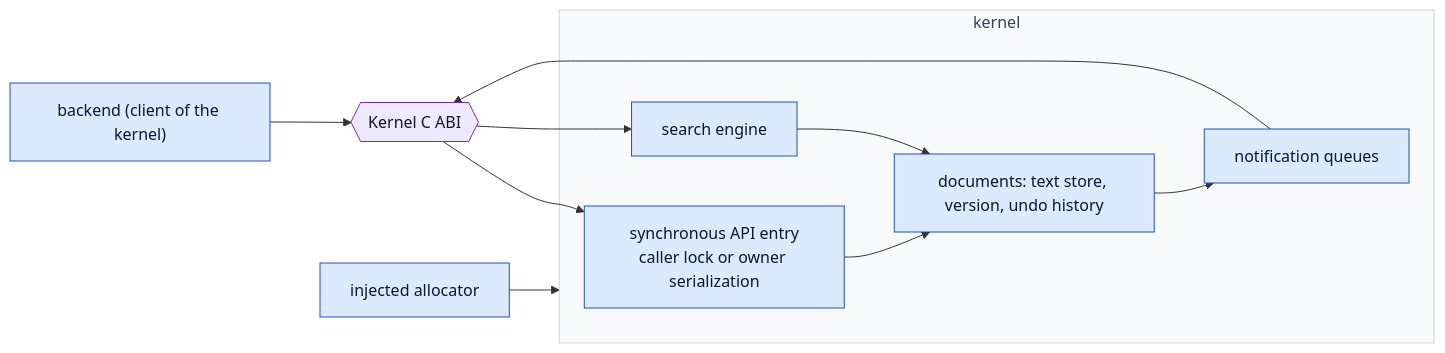
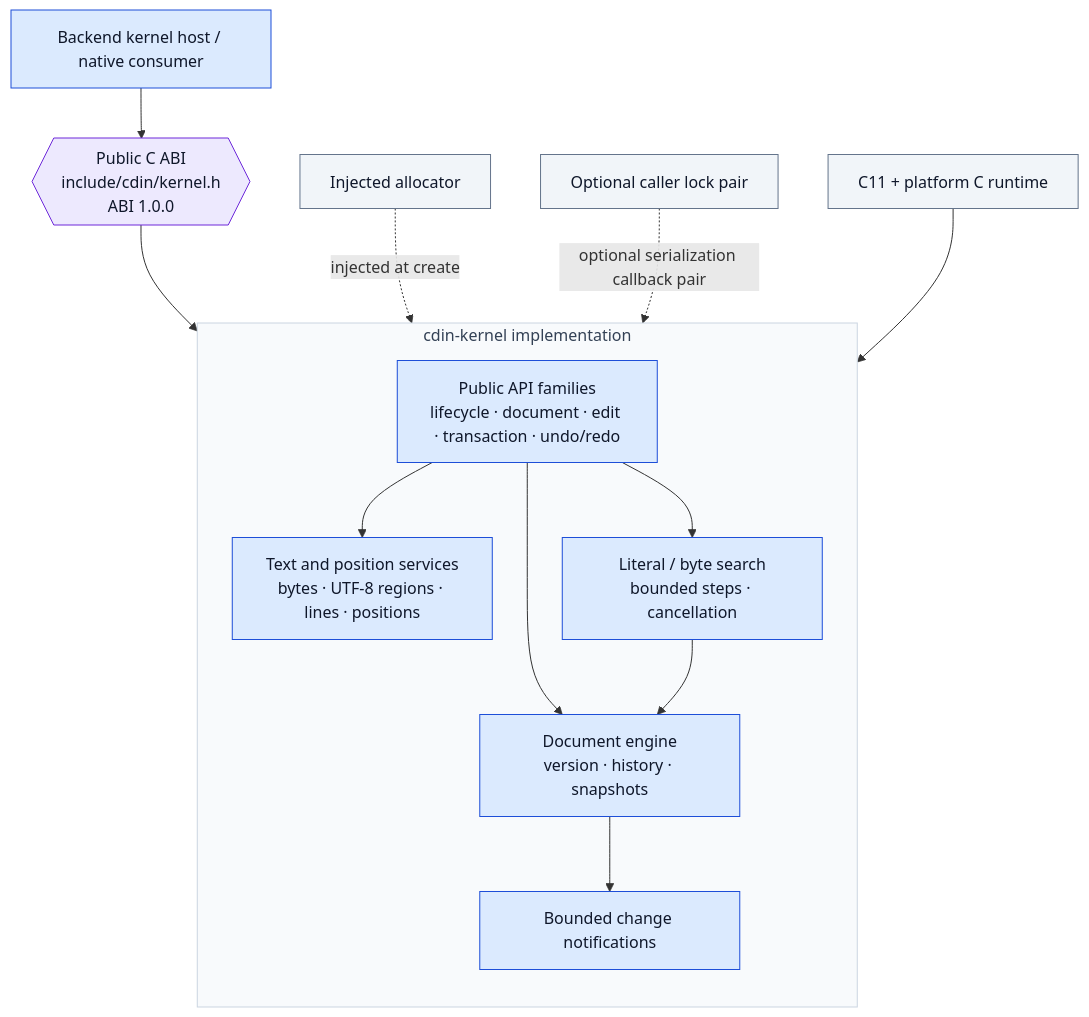
One commit to cdin-editor/spec changed the first of 2 diagrams in docs/kernel/overview.md. Above: the diagram before and after it, drawn with Mermaid. The commit also changed other lines of this file and 19 other files, not shown here.

````diff
--- a/docs/kernel/overview.md
+++ b/docs/kernel/overview.md
@@ -26,26 +26,35 @@
 ```mermaid
-flowchart LR
-    BE["backend (client of the kernel)"]
-    ABI{{"Kernel C ABI"}}
-    subgraph K["kernel"]
-        CALL["synchronous API entry<br/>caller lock or owner serialization"]
-        DOCS["documents: text store, version, undo history"]
-        SRCH["search engine"]
-        NOTE["notification queues"]
+flowchart TB
+    CLIENT["Backend kernel host / native consumer"]
+    ABI{{"Public C ABI<br/>include/cdin/kernel.h<br/>ABI 1.0.0"}}
+    subgraph K["cdin-kernel implementation"]
+        direction TB
+        API["Public API families<br/>lifecycle · document · edit · transaction · undo/redo"]
+        TEXT["Text and position services<br/>bytes · UTF-8 regions · lines · positions"]
+        SEARCH["Literal / byte search<br/>bounded steps · cancellation"]
+        DOC["Document engine<br/>version · history · snapshots"]
+        NOTIF["Bounded change notifications"]
+        API --> DOC
+        API --> TEXT
+        API --> SEARCH
+        SEARCH --> DOC
+        DOC --> NOTIF
     end
-    ALLOC["injected allocator"]
-    BE --> ABI
-    ABI --> CALL
-    CALL --> DOCS
-    ABI --> SRCH
-    SRCH --> DOCS
-    DOCS --> NOTE
-    NOTE --> ABI
-    ALLOC --> K
+    ALLOC["Injected allocator"]
+    LOCK["Optional caller lock pair"]
+    OS["C11 + platform C runtime"]
+
+    CLIENT --> ABI --> API
+    ALLOC -. "injected at create" .-> K
+    LOCK -. "optional serialization callback pair" .-> K
+    OS --> K
+
     classDef comp fill:#dbeafe,stroke:#1d4ed8,color:#0f172a
     classDef contract fill:#ede9fe,stroke:#6d28d9,color:#0f172a
+    classDef external fill:#f1f5f9,stroke:#64748b,color:#0f172a
     classDef group fill:#f8fafc,stroke:#cbd5e1,color:#334155
-    class ALLOC,BE,CALL,DOCS,NOTE,SRCH comp
+    class CLIENT,API,DOC,NOTIF,SEARCH,TEXT comp
     class ABI contract
+    class ALLOC,LOCK,OS external
     class K group
 ```
````
